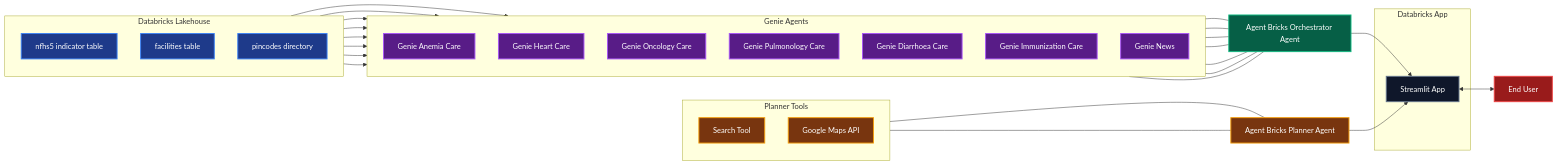
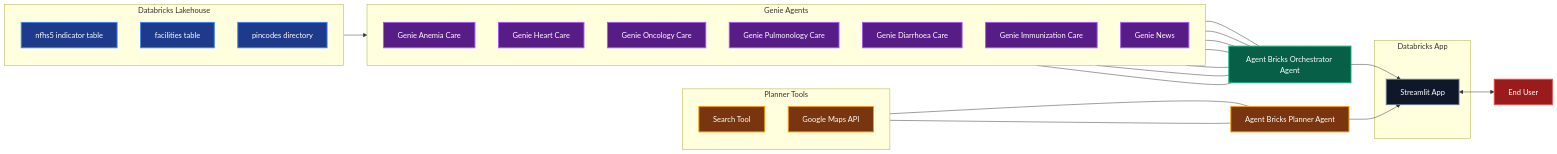
The diagram in careiq_architecture_diagram.md (Jatinbalodhi96/careiq), drawn with Mermaid before and after one commit.

Commit message:
Simplify Lakehouse to Genie connections to a single arrow

```diff
--- a/careiq_architecture_diagram.md
+++ b/careiq_architecture_diagram.md
@@ -30,15 +30,8 @@
         genie_news["Genie News"]
     end
 
-    %% Connections: Lakehouse Tables to Genie Agents
-    nhfs5 --> genie_anemia
-    nhfs5 --> genie_heart
-    nhfs5 --> genie_oncology
-    nhfs5 --> genie_pulmonology
-    nhfs5 --> genie_diarrhoea
-    nhfs5 --> genie_immunization
-    facilities --> genie_news
-    pincodes --> genie_news
+    %% Connections: Lakehouse to Genie Agents
+    Lakehouse --> Genie
 
     %% 3. Agent Bricks Orchestrator Agent
     orchestrator["Agent Bricks Orchestrator Agent"]
```
